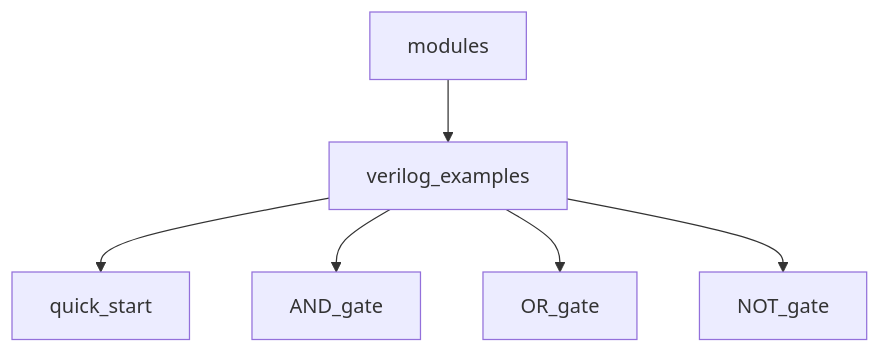
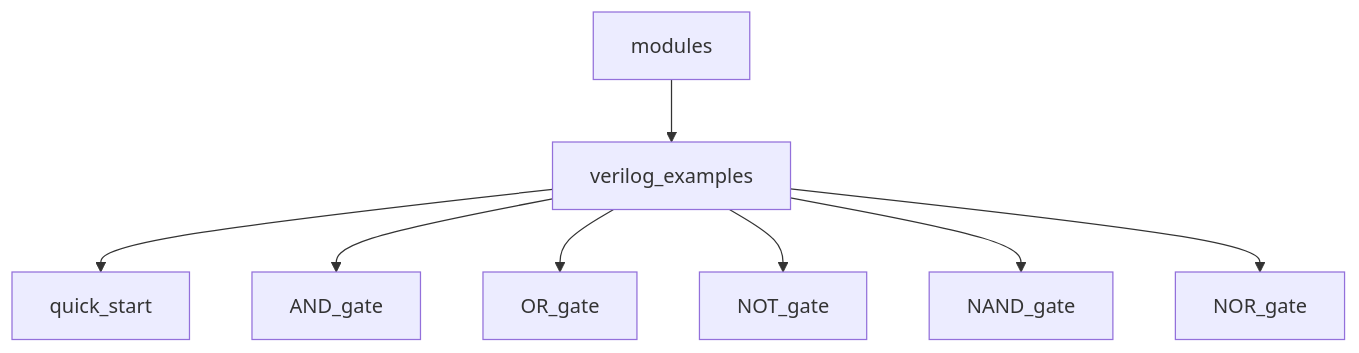
Before and after one commit to micherciu/cocotb_examples: the second of 3 diagrams in README.md, drawn with Mermaid. The commit also changed other lines of this file, not shown here.

Commit message:
[update] added documentation: README.md

````diff
--- a/README.md
+++ b/README.md
@@ -53,8 +55,10 @@
 ```mermaid
 graph TD;
     modules-->verilog_examples;
     verilog_examples-->quick_start;
     verilog_examples-->AND_gate;
     verilog_examples-->OR_gate;
     verilog_examples-->NOT_gate;
+    verilog_examples-->NAND_gate;
+    verilog_examples-->NOR_gate;
 ```
````
